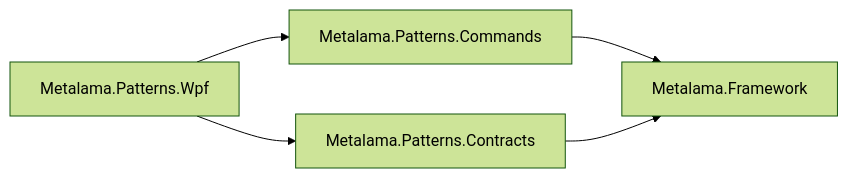
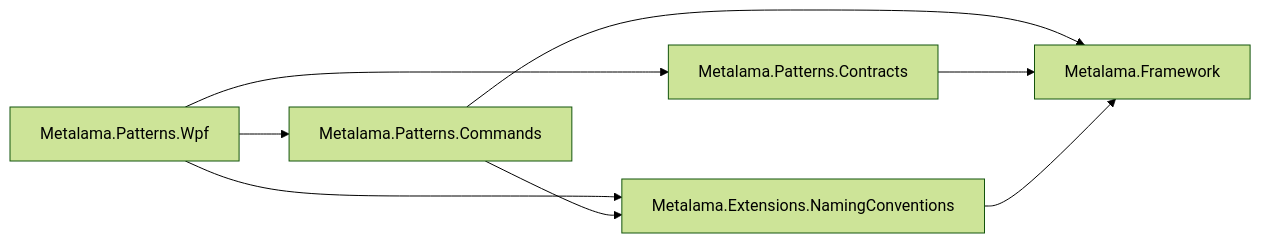
One commit to metalama/Metalama changed the diagram in Metalama.Framework/docs/future/commands-package.md. Above: the diagram before and after it, drawn with Mermaid (forest theme). The commit also changed other lines of this file and 1 other file, not shown here.

Commit message:
Base the commands split on Metalama.Extensions.NamingConventions

````diff
--- a/Metalama.Framework/docs/future/commands-package.md
+++ b/Metalama.Framework/docs/future/commands-package.md
@@ -89,7 +114,10 @@
 ```mermaid
 graph LR
     Wpf[Metalama.Patterns.Wpf] --> Commands[Metalama.Patterns.Commands]
     Wpf --> Contracts[Metalama.Patterns.Contracts]
+    Wpf --> NamingConventions[Metalama.Extensions.NamingConventions]
+    Commands --> NamingConventions
     Commands --> Framework[Metalama.Framework]
     Contracts --> Framework
+    NamingConventions --> Framework
 ```
````
